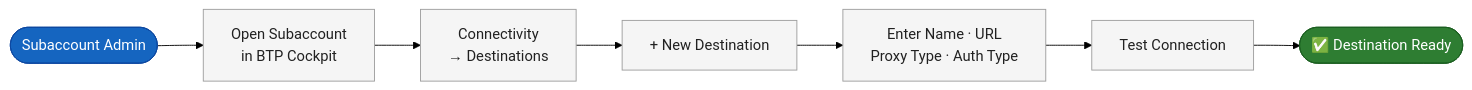
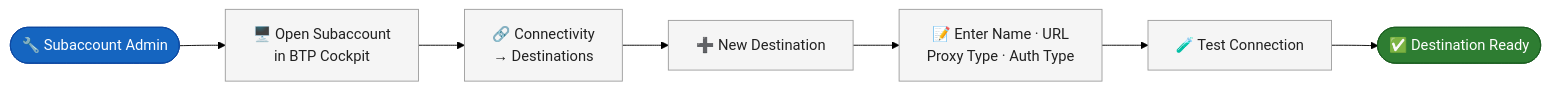
The fifth of 6 diagrams in BTP-Traffic-Flow-Diagrams.md (bhargavach/timeteam), drawn with Mermaid (forest theme) before and after one commit. The commit also changed other lines of this file, not shown here.

````diff
--- a/BTP-Traffic-Flow-Diagrams.md
+++ b/BTP-Traffic-Flow-Diagrams.md
@@ -121,20 +122,20 @@
 ```mermaid
 flowchart LR
     classDef user   fill:#1565C0,color:#fff,stroke:#0D47A1
     classDef step   fill:#F5F5F5,color:#212121,stroke:#9E9E9E
     classDef done   fill:#2E7D32,color:#fff,stroke:#1B5E20
 
-    ADMIN(["Subaccount Admin"])
-    SA["Open Subaccount\nin BTP Cockpit"]
-    NAV["Connectivity\n→ Destinations"]
-    NEW["+ New Destination"]
-    FILL["Enter Name · URL\nProxy Type · Auth Type"]
-    TEST["Test Connection"]
+    ADMIN(["🔧 Subaccount Admin"])
+    SA["🖥️ Open Subaccount\nin BTP Cockpit"]
+    NAV["🔗 Connectivity\n→ Destinations"]
+    NEW["➕ New Destination"]
+    FILL["📝 Enter Name · URL\nProxy Type · Auth Type"]
+    TEST["🧪 Test Connection"]
     OK(["✅ Destination Ready"])
 
     ADMIN --> SA --> NAV --> NEW --> FILL --> TEST --> OK
 
     class ADMIN user
     class SA,NAV,NEW,FILL,TEST step
     class OK done
 ```
````
